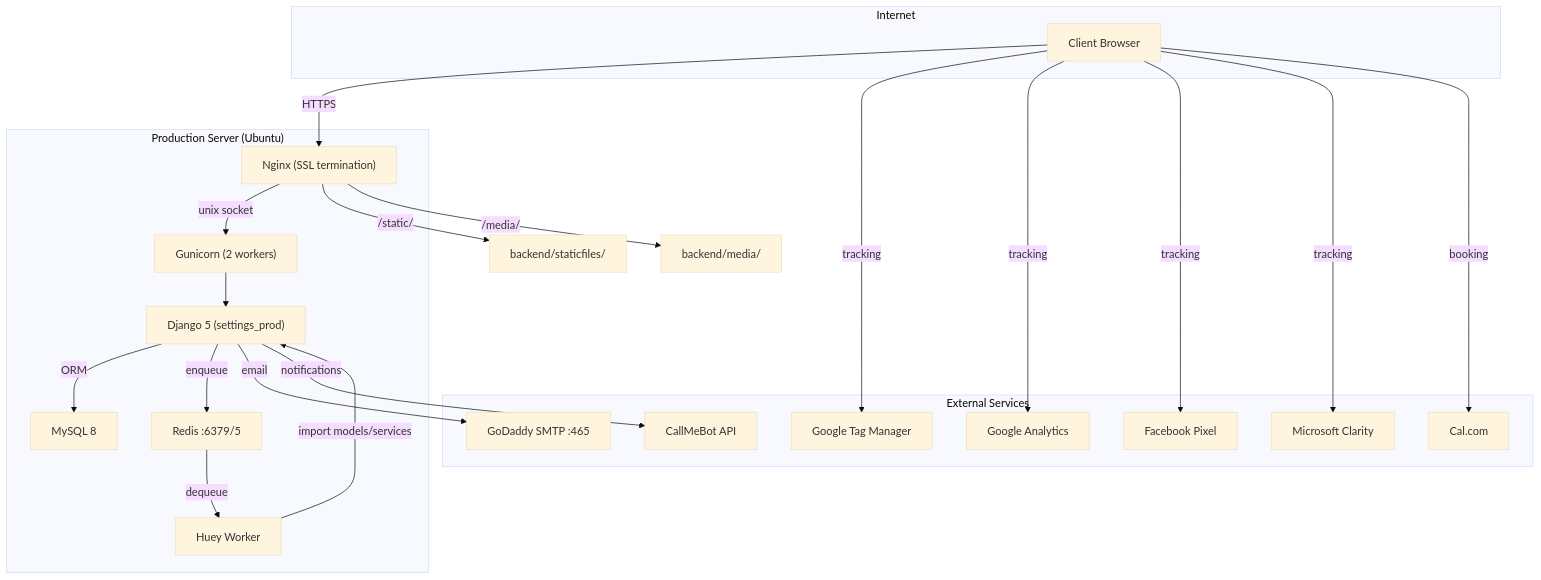
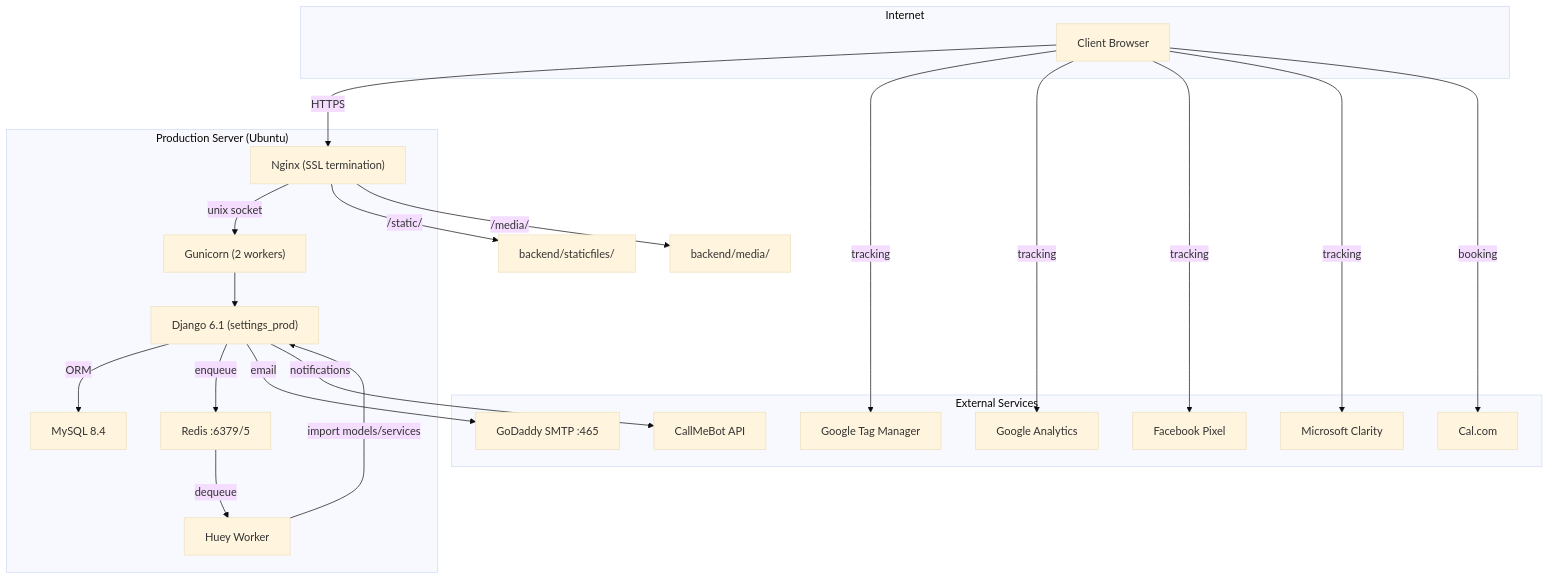
The first of 21 diagrams in docs/methodology/architecture.md (gustavop-dev/projectapp), drawn with Mermaid (base theme) before and after one commit. The commit also changed other lines of this file and 39 other files, not shown here.

````diff
--- a/docs/methodology/architecture.md
+++ b/docs/methodology/architecture.md
@@ -5,44 +5,44 @@
 ```mermaid
 flowchart TB
     subgraph Internet
         Client[Client Browser]
     end
 
     subgraph Production["Production Server (Ubuntu)"]
         Nginx["Nginx (SSL termination)"]
         Gunicorn["Gunicorn (2 workers)"]
-        Django["Django 5 (settings_prod)"]
+        Django["Django 6.1 (settings_prod)"]
         Redis["Redis :6379/5"]
         Huey["Huey Worker"]
-        MySQL["MySQL 8"]
+        MySQL["MySQL 8.4"]
 
         Nginx -->|unix socket| Gunicorn
         Gunicorn --> Django
         Django -->|ORM| MySQL
         Django -->|enqueue| Redis
         Redis -->|dequeue| Huey
         Huey -->|import models/services| Django
     end
 
     Client -->|HTTPS| Nginx
     Nginx -->|/static/| StaticFiles["backend/staticfiles/"]
     Nginx -->|/media/| MediaFiles["backend/media/"]
 
     subgraph ExternalServices["External Services"]
         SMTP["GoDaddy SMTP :465"]
         WhatsApp["CallMeBot API"]
         GTM["Google Tag Manager"]
         GA["Google Analytics"]
         FB["Facebook Pixel"]
         Clarity["Microsoft Clarity"]
         Cal["Cal.com"]
     end
 
     Django -->|email| SMTP
     Django -->|notifications| WhatsApp
     Client -->|tracking| GTM
     Client -->|tracking| GA
     Client -->|tracking| FB
     Client -->|tracking| Clarity
     Client -->|booking| Cal
 ```
````
